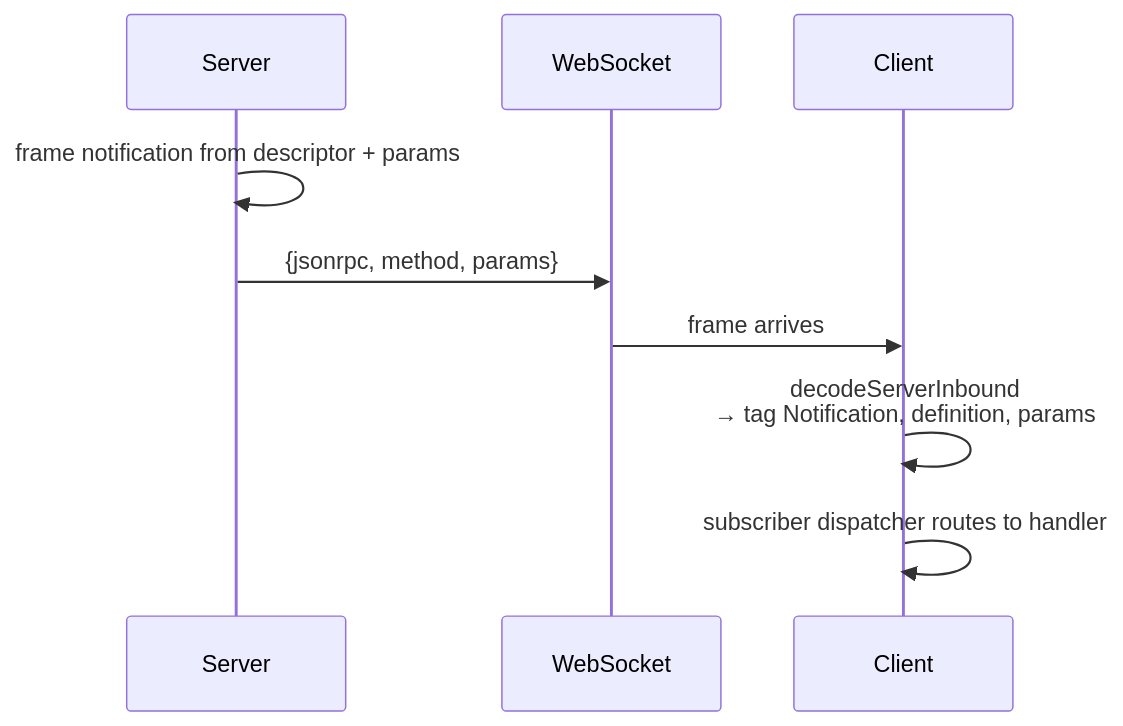
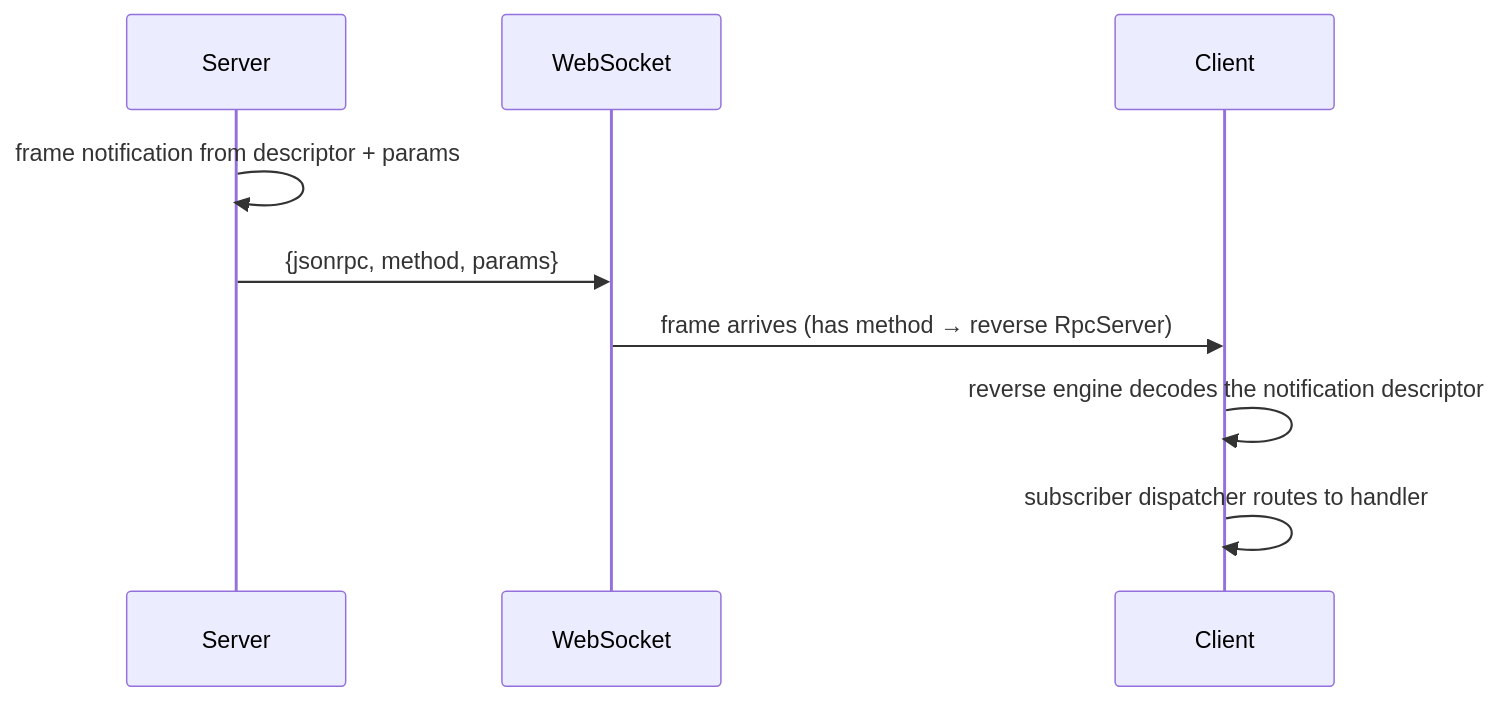
The second of 2 diagrams in packages/protocol/src/transport/MODULE.md (chughtapan/moltzap), drawn with Mermaid before and after one commit. The commit also changed other lines of this file and 43 other files, not shown here.

````diff
--- a/packages/protocol/src/transport/MODULE.md
+++ b/packages/protocol/src/transport/MODULE.md
@@ -781,11 +670,11 @@
 ```mermaid
 sequenceDiagram
   participant Server
   participant Wire as WebSocket
   participant Client
   Server->>Server: frame notification from descriptor + params
   Server->>Wire: {jsonrpc, method, params}
-  Wire->>Client: frame arrives
-  Client->>Client: decodeServerInbound<br>→ tag Notification, definition, params
+  Wire->>Client: frame arrives (has method → reverse RpcServer)
+  Client->>Client: reverse engine decodes the notification descriptor
   Client->>Client: subscriber dispatcher routes to handler
 ```
````
